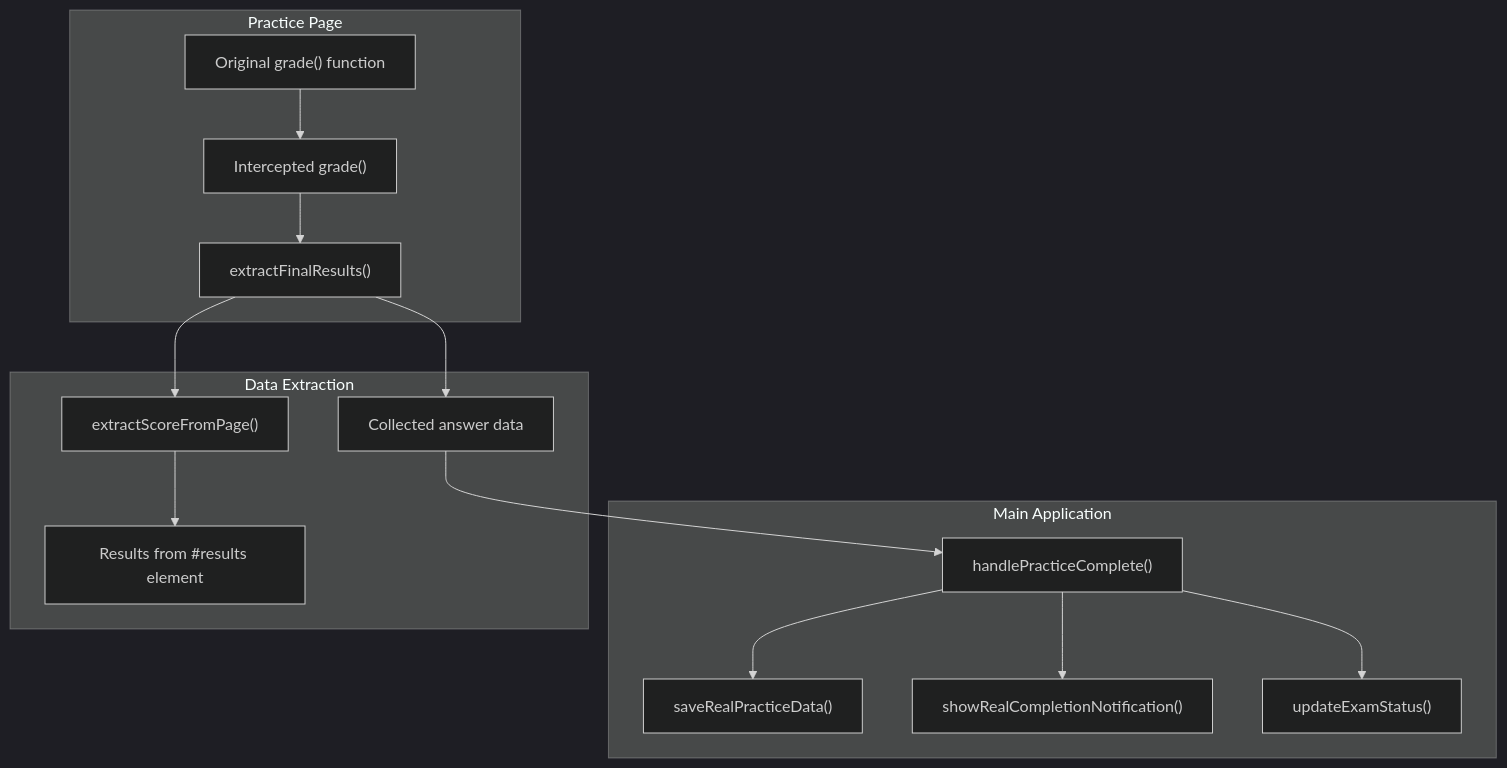
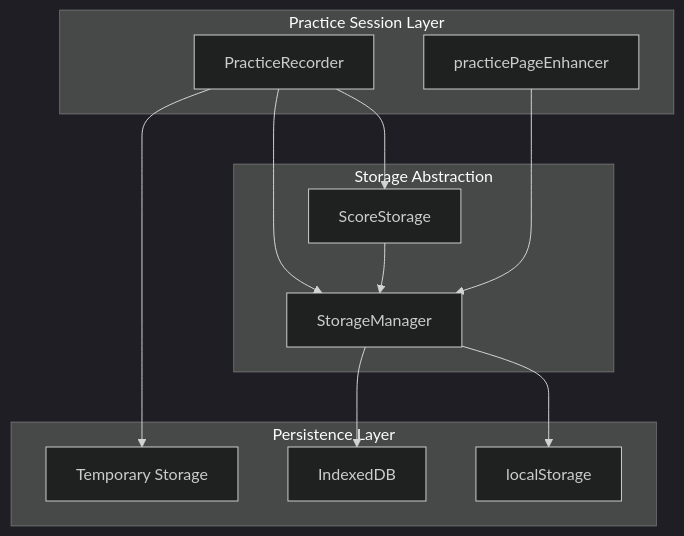
One commit to sallowayma-git/IELTS-practice changed the eighth of 8 diagrams in assets/developer wiki/wiki/Practice-Session-System.md. Above: the diagram before and after it, drawn with Mermaid (dark theme). The commit also changed other lines of this file and 59 other files, not shown here.

````diff
--- a/assets/developer wiki/wiki/Practice-Session-System.md
+++ b/assets/developer wiki/wiki/Practice-Session-System.md
@@ -309,43 +430,35 @@
 ```mermaid
 flowchart TD
 
-gradeFunction["Original grade() function"]
-intercepted["Intercepted grade()"]
-extractResults["extractFinalResults()"]
-extractScore["extractScoreFromPage()"]
-pageResults["Results from #results element"]
-answerData["Collected answer data"]
-handleComplete["handlePracticeComplete()"]
-saveData["saveRealPracticeData()"]
-showNotification["showRealCompletionNotification()"]
-updateUI["updateExamStatus()"]
+PR["PracticeRecorder"]
+PPE["practicePageEnhancer"]
+SS["ScoreStorage"]
+SM["StorageManager"]
+LS["localStorage"]
+IDB["IndexedDB"]
+TMP["Temporary Storage"]
 
-extractResults --> extractScore
-extractResults --> answerData
-answerData --> handleComplete
+PR --> SS
+PR --> SM
+PR --> TMP
+SM --> LS
+SM --> IDB
+PPE --> SM
 
-subgraph subGraph2 ["Main Application"]
-    handleComplete
-    saveData
-    showNotification
-    updateUI
-    handleComplete --> saveData
-    handleComplete --> showNotification
-    handleComplete --> updateUI
+subgraph subGraph2 ["Persistence Layer"]
+    LS
+    IDB
+    TMP
 end
 
-subgraph subGraph1 ["Data Extraction"]
-    extractScore
-    pageResults
-    answerData
-    extractScore --> pageResults
+subgraph subGraph1 ["Storage Abstraction"]
+    SS
+    SM
+    SS --> SM
 end
 
-subgraph subGraph0 ["Practice Page"]
-    gradeFunction
-    intercepted
-    extractResults
-    gradeFunction --> intercepted
-    intercepted --> extractResults
+subgraph subGraph0 ["Practice Session Layer"]
+    PR
+    PPE
 end
 ```
````
